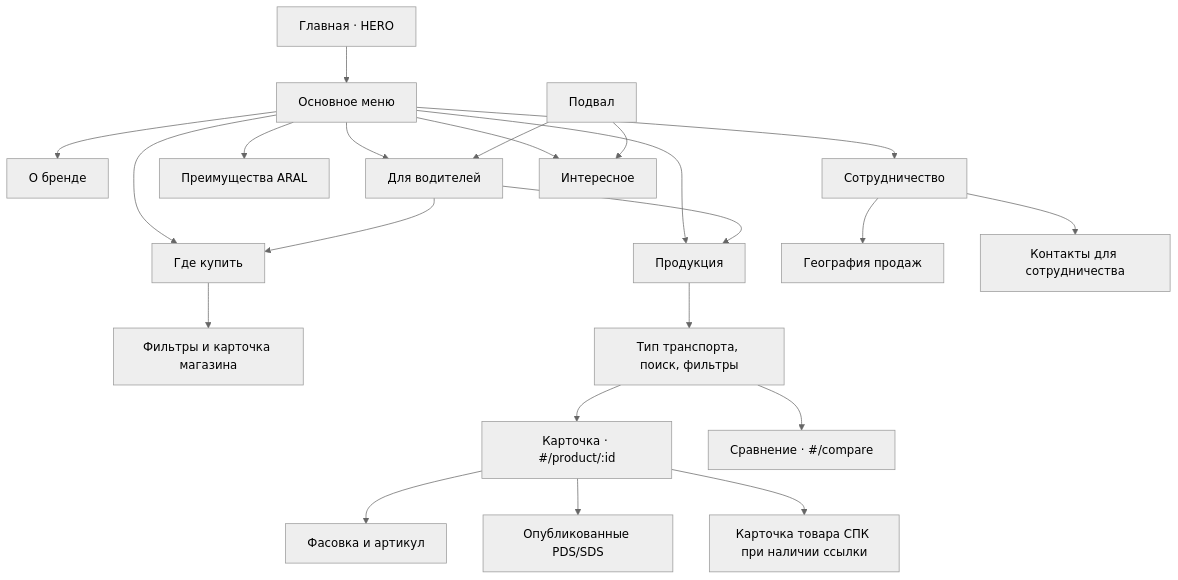
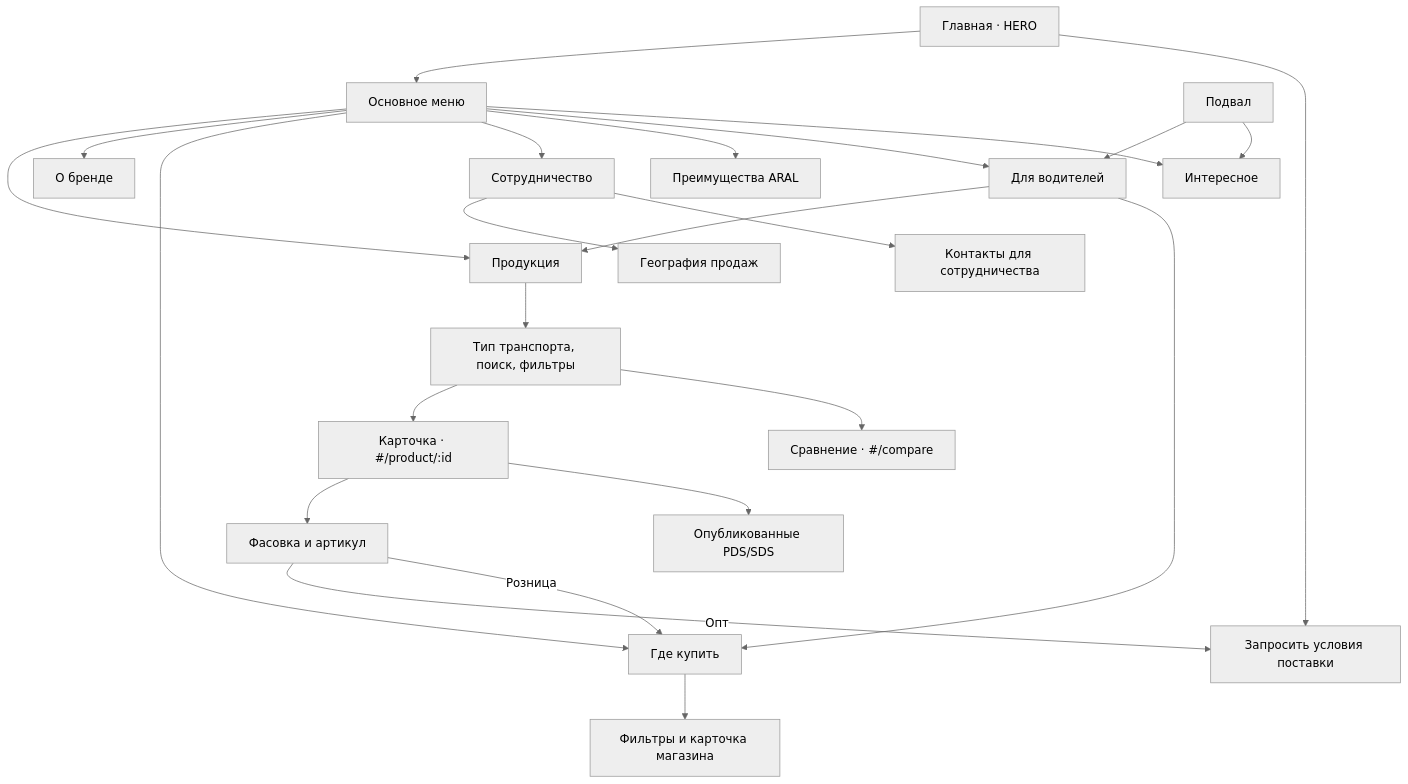
The diagram in docs/R12_SITE_MAP.md (myahlovvlad/ARAL-ver-3), drawn with Mermaid (neutral theme) before and after one commit. The commit also changed other lines of this file and 13 other files, not shown here.

Commit message:
Complete ARAL purchase and wholesale flows

````diff
--- a/docs/R12_SITE_MAP.md
+++ b/docs/R12_SITE_MAP.md
@@ -16,24 +16,26 @@
 ```mermaid
 flowchart TD
     Home["Главная · HERO"] --> Nav["Основное меню"]
+    Home --> Wholesale["Запросить условия поставки"]
     Nav --> Catalog["Продукция"]
     Nav --> Brand["О бренде"]
     Nav --> Stores["Где купить"]
     Nav --> Partners["Сотрудничество"]
     Nav --> Benefits["Преимущества ARAL"]
     Nav --> Drivers["Для водителей"]
     Nav --> Articles["Интересное"]
     Footer["Подвал"] --> Drivers
     Footer --> Articles["Интересное"]
     Drivers --> Catalog
     Drivers --> Stores
     Partners --> Geography["География продаж"]
     Partners --> Contact["Контакты для сотрудничества"]
     Stores --> Directory["Фильтры и карточка магазина"]
     Catalog --> Filter["Тип транспорта, поиск, фильтры"]
     Filter --> Product["Карточка · #/product/:id"]
     Filter --> Compare["Сравнение · #/compare"]
     Product --> SKU["Фасовка и артикул"]
     Product --> PDS["Опубликованные PDS/SDS"]
-    Product --> Buy["Карточка товара СПК при наличии ссылки"]
+    SKU -->|Опт| Wholesale
+    SKU -->|Розница| Stores
 ```
````
